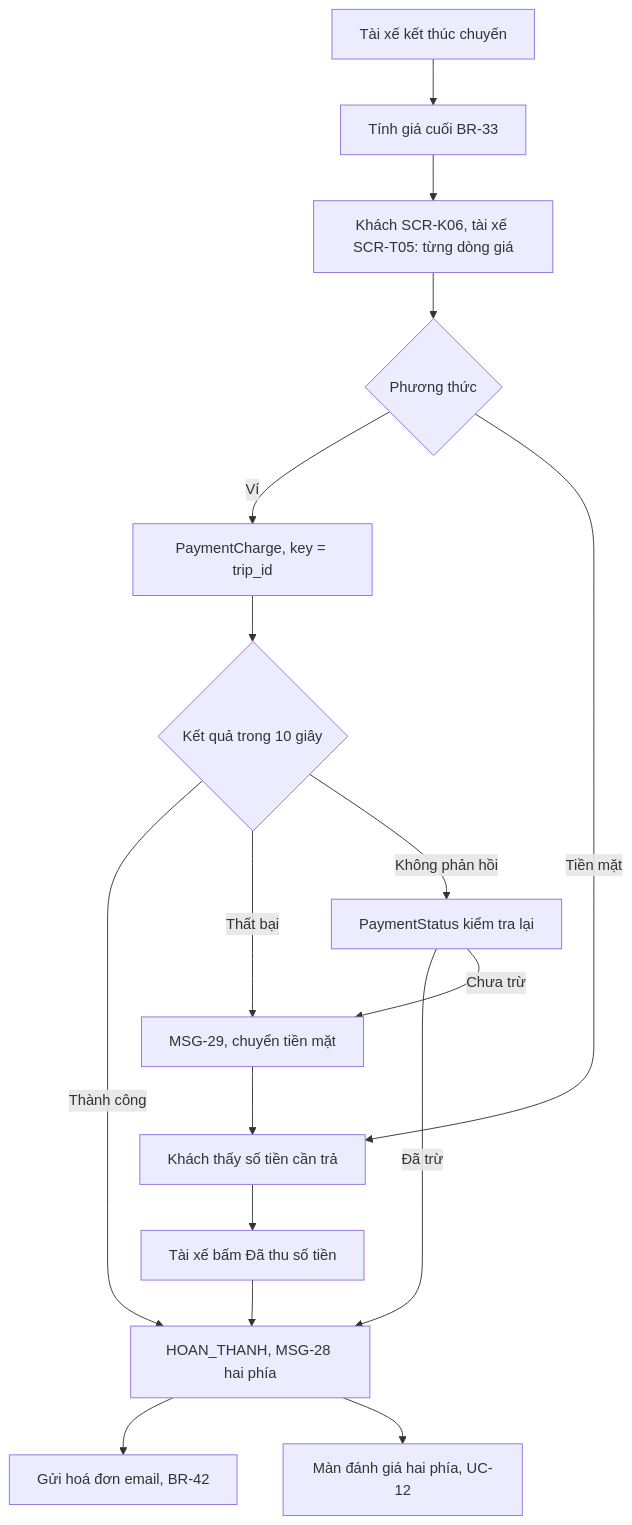
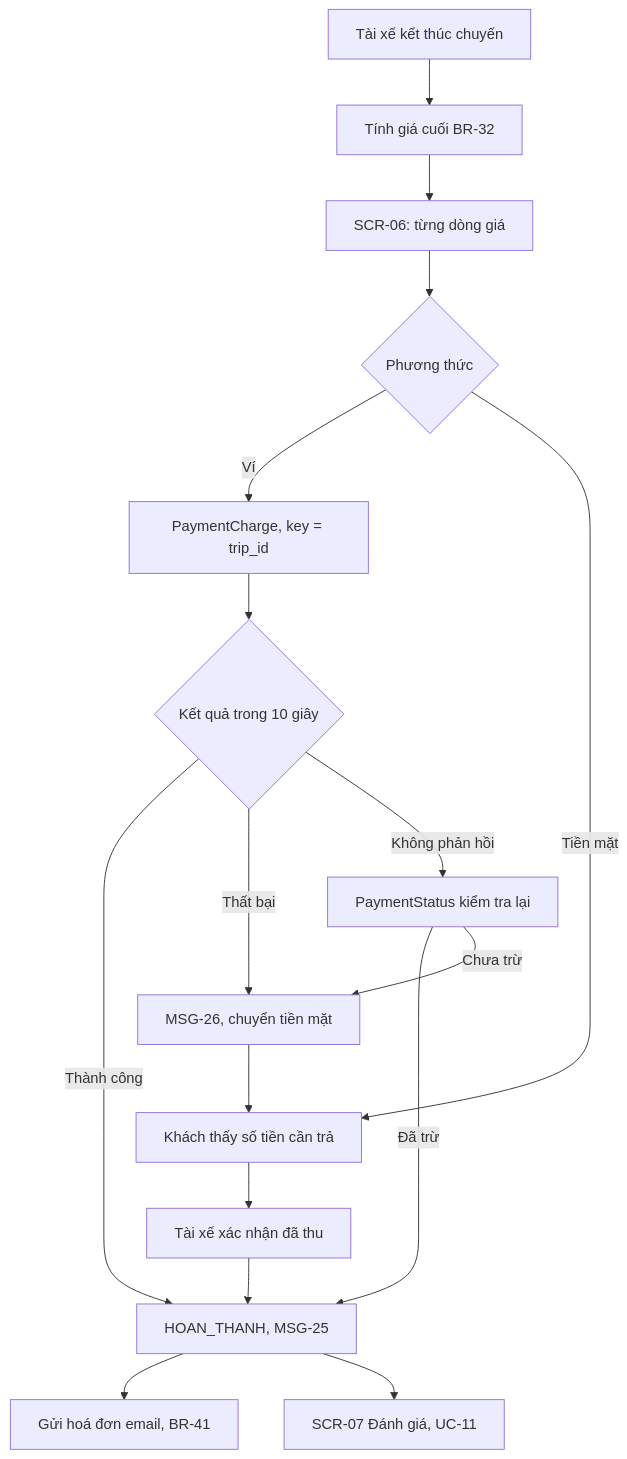
One commit to uxfoundation-vn/de05-dat-xe-cho-khach changed diagram 13 of 20 in docs/SRS.md. Above: the diagram before and after it, drawn with Mermaid. The commit also changed other lines of this file and 2 other files, not shown here.

First line of the commit message:
Đề 5: chỉ giữ luồng của khách

````diff
--- a/docs/SRS.md
+++ b/docs/SRS.md
@@ -720,19 +628,19 @@
 ```mermaid
 flowchart TD
-  A["Tài xế kết thúc chuyến"] --> B["Tính giá cuối BR-33"]
-  B --> C["Khách SCR-K06, tài xế SCR-T05: từng dòng giá"]
+  A["Tài xế kết thúc chuyến"] --> B["Tính giá cuối BR-32"]
+  B --> C["SCR-06: từng dòng giá"]
   C --> D{"Phương thức"}
   D -->|Ví| E["PaymentCharge, key = trip_id"]
   E --> F{"Kết quả trong 10 giây"}
-  F -->|Thành công| G["HOAN_THANH, MSG-28 hai phía"]
-  F -->|Thất bại| H["MSG-29, chuyển tiền mặt"]
+  F -->|Thành công| G["HOAN_THANH, MSG-25"]
+  F -->|Thất bại| H["MSG-26, chuyển tiền mặt"]
   F -->|Không phản hồi| I["PaymentStatus kiểm tra lại"]
   I -->|Đã trừ| G
   I -->|Chưa trừ| H
   D -->|Tiền mặt| J["Khách thấy số tiền cần trả"]
   H --> J
-  J --> K["Tài xế bấm Đã thu số tiền"]
+  J --> K["Tài xế xác nhận đã thu"]
   K --> G
-  G --> L["Gửi hoá đơn email, BR-42"]
-  G --> M["Màn đánh giá hai phía, UC-12"]
+  G --> L["Gửi hoá đơn email, BR-41"]
+  G --> M["SCR-07 Đánh giá, UC-11"]
 ```
````
